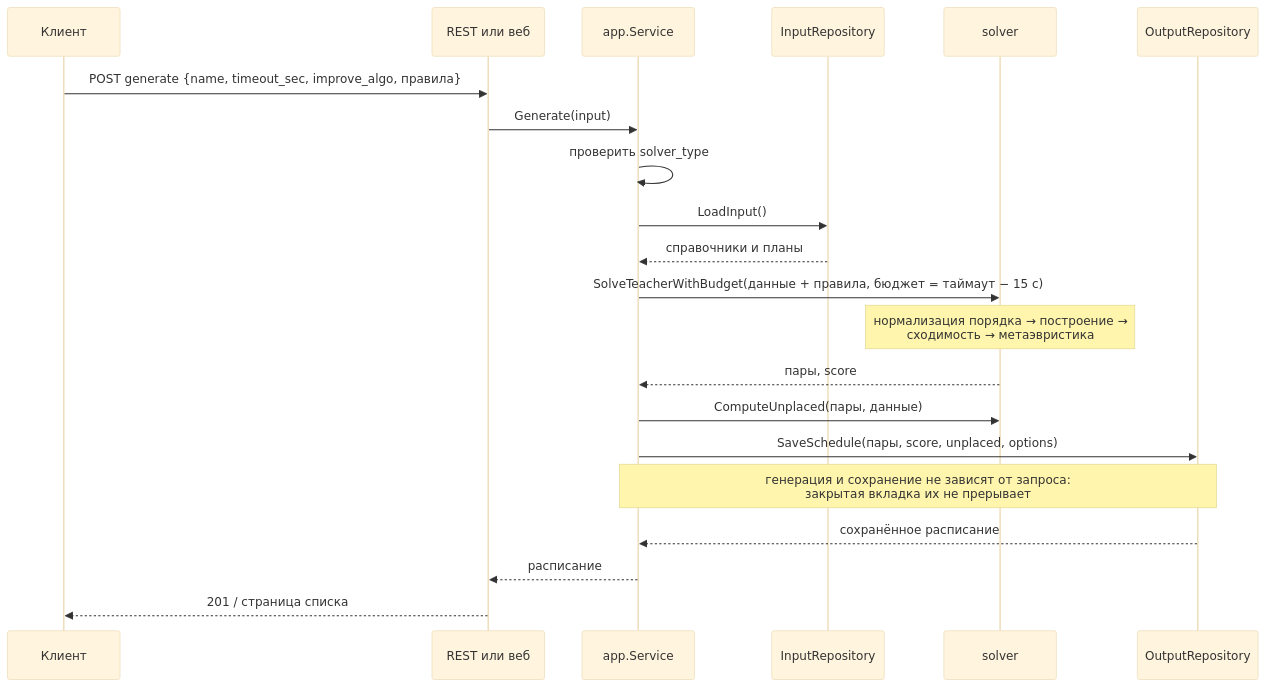
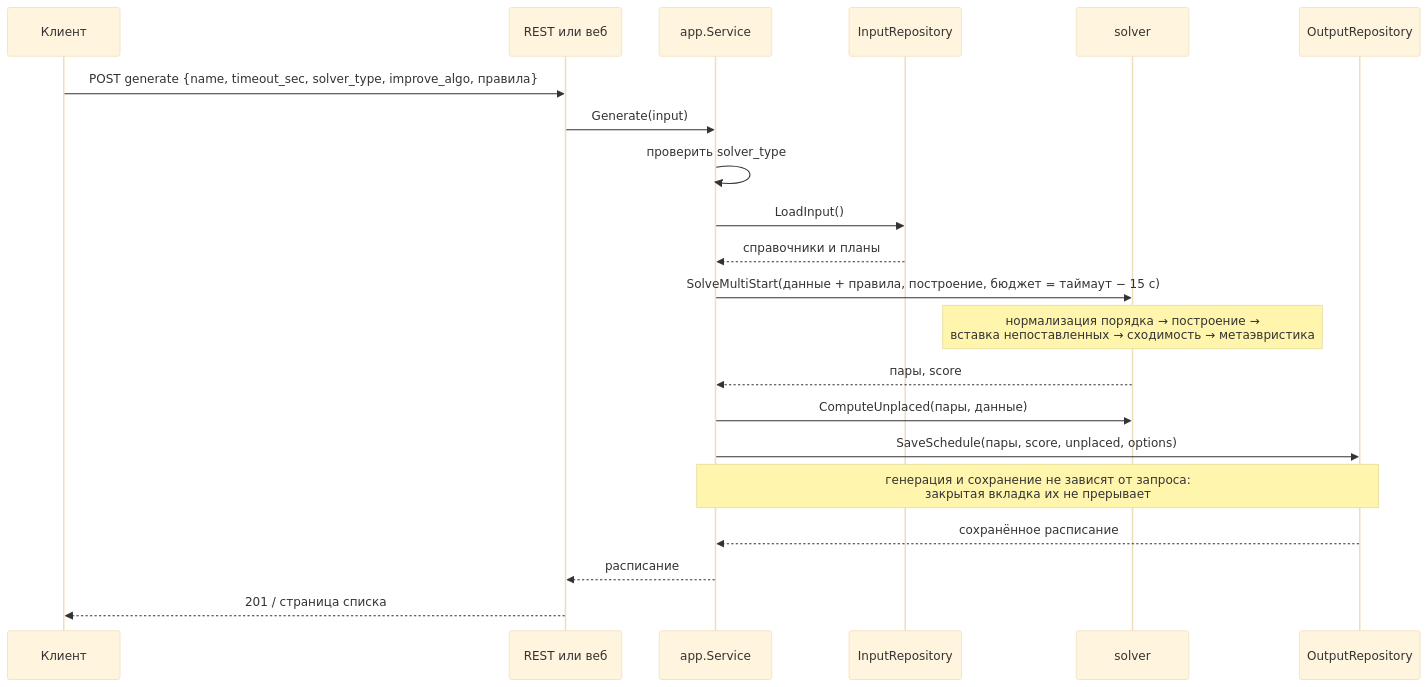
One commit to KolManis/uni-scheduler changed the third of 6 diagrams in docs/spec/06-diagrams.md. Above: the diagram before and after it, drawn with Mermaid (base theme). The commit also changed 20 other files, not shown here.

First line of the commit message:
Солвер: построение DSatur на выбор и вставка непоставленных пар

````diff
--- a/docs/spec/06-diagrams.md
+++ b/docs/spec/06-diagrams.md
@@ -64,24 +64,24 @@
 ```mermaid
 sequenceDiagram
   participant C as Клиент
   participant H as REST или веб
   participant S as app.Service
   participant IR as InputRepository
   participant SL as solver
   participant OR as OutputRepository
 
-  C->>H: POST generate {name, timeout_sec, improve_algo, правила}
+  C->>H: POST generate {name, timeout_sec, solver_type, improve_algo, правила}
   H->>S: Generate(input)
   S->>S: проверить solver_type
   S->>IR: LoadInput()
   IR-->>S: справочники и планы
-  S->>SL: SolveTeacherWithBudget(данные + правила, бюджет = таймаут − 15 с)
-  Note over SL: нормализация порядка → построение →<br/>сходимость → метаэвристика
+  S->>SL: SolveMultiStart(данные + правила, построение, бюджет = таймаут − 15 с)
+  Note over SL: нормализация порядка → построение →<br/>вставка непоставленных → сходимость → метаэвристика
   SL-->>S: пары, score
   S->>SL: ComputeUnplaced(пары, данные)
   S->>OR: SaveSchedule(пары, score, unplaced, options)
   Note over S,OR: генерация и сохранение не зависят от запроса:<br/>закрытая вкладка их не прерывает
   OR-->>S: сохранённое расписание
   S-->>H: расписание
   H-->>C: 201 / страница списка
 ```
````
